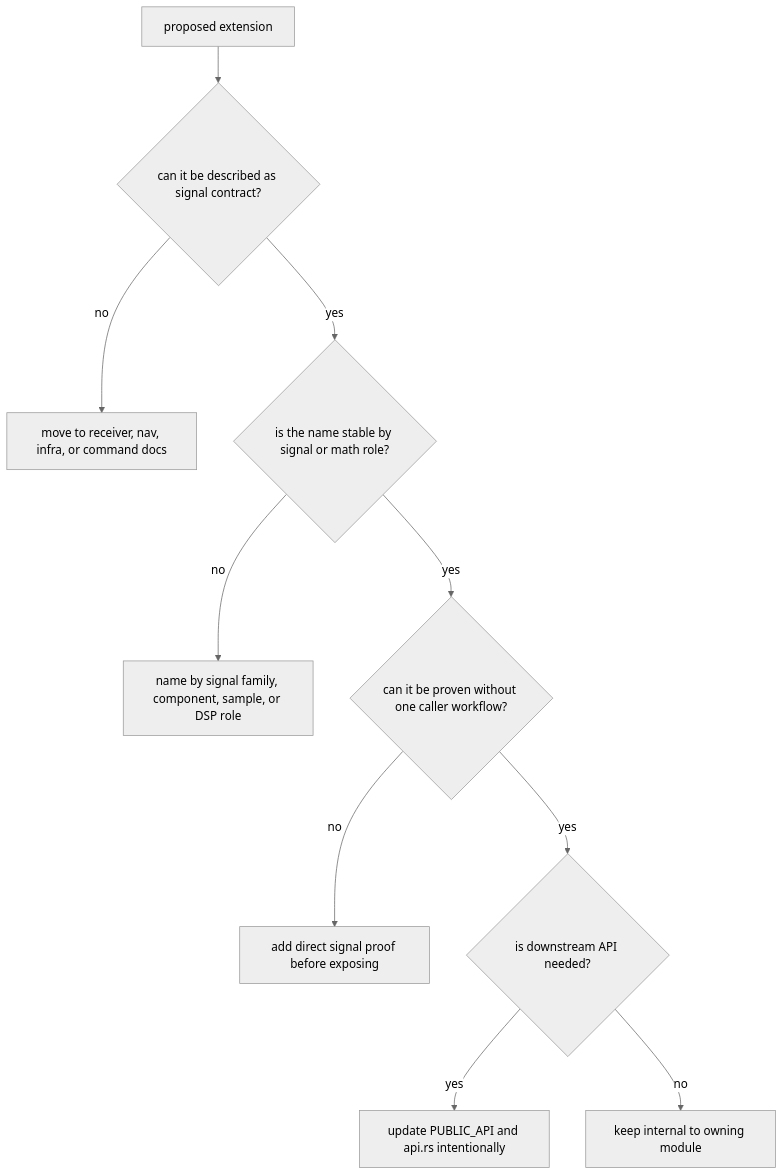
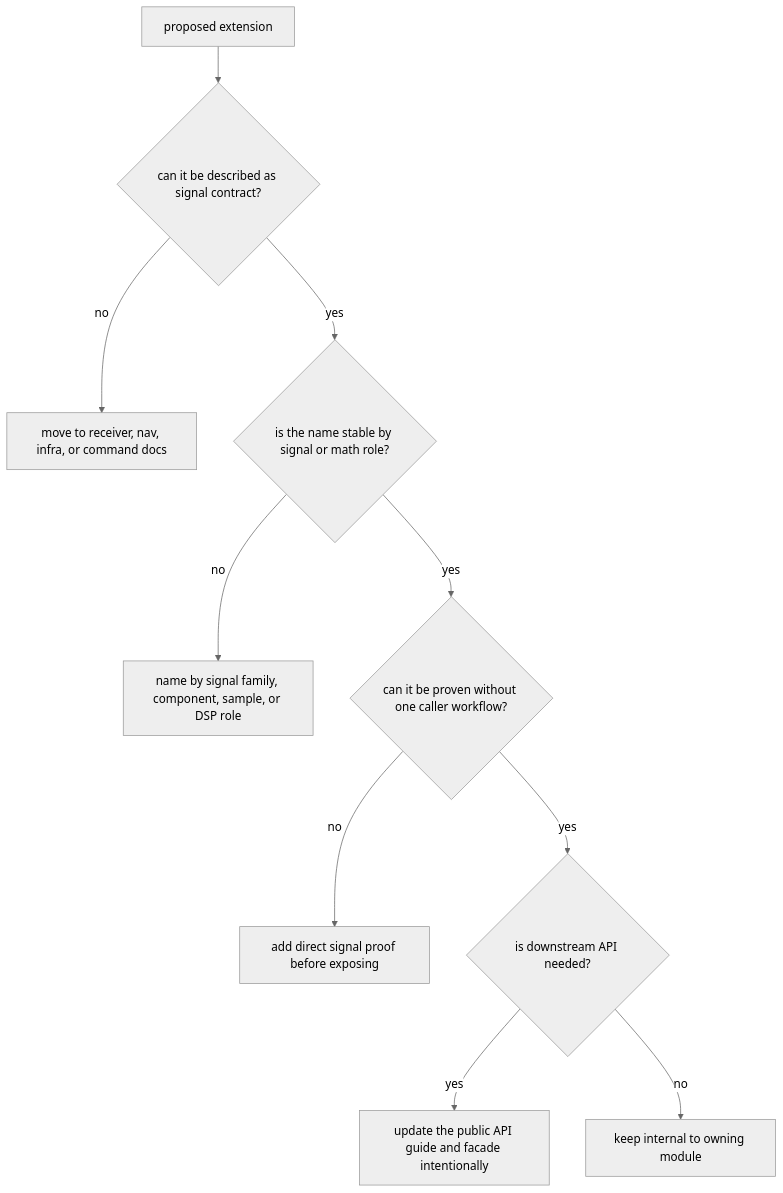
The diagram in docs/06-bijux-gnss-signal/architecture/extensibility-model.md (bijux/bijux-telecom), drawn with Mermaid (neutral theme) before and after one commit. The commit also changed other lines of this file and 4 other files, not shown here.

````diff
--- a/docs/06-bijux-gnss-signal/architecture/extensibility-model.md
+++ b/docs/06-bijux-gnss-signal/architecture/extensibility-model.md
@@ -18,12 +18,12 @@
 ```mermaid
 flowchart TD
     extension[proposed extension] --> contract{can it be described as signal contract?}
     contract -- no --> owner[move to receiver, nav, infra, or command docs]
     contract -- yes --> stable{is the name stable by signal or math role?}
     stable -- no --> rename[name by signal family, component, sample, or DSP role]
     stable -- yes --> proof{can it be proven without one caller workflow?}
     proof -- no --> isolate[add direct signal proof before exposing]
     proof -- yes --> public{is downstream API needed?}
-    public -- yes --> api[update PUBLIC_API and api.rs intentionally]
+    public -- yes --> api[update the public API guide and facade intentionally]
     public -- no --> internal[keep internal to owning module]
 ```
````
